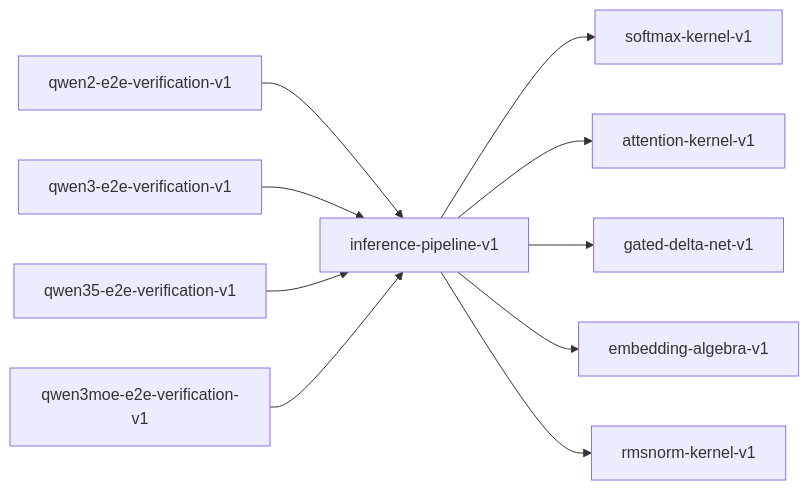
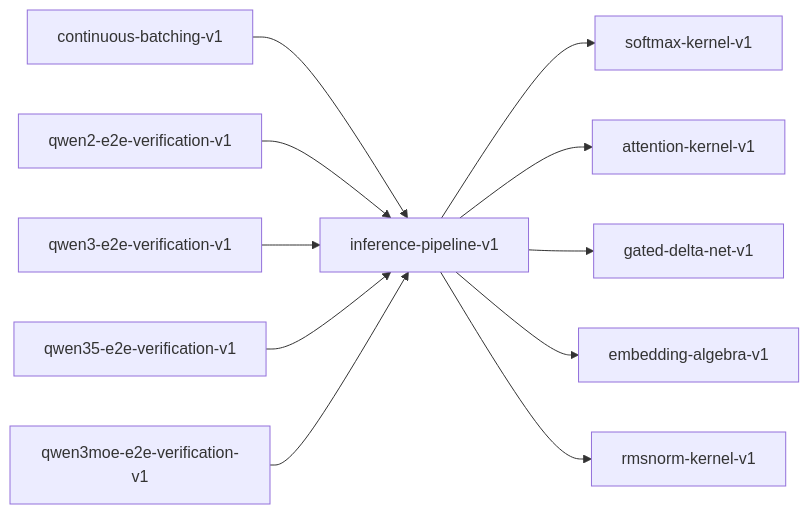
The diagram in book/src/contracts/inference-pipeline-v1.md (paiml/provable-contracts), drawn with Mermaid before and after one commit. The commit also changed other lines of this file and 121 other files, not shown here.

````diff
--- a/book/src/contracts/inference-pipeline-v1.md
+++ b/book/src/contracts/inference-pipeline-v1.md
@@ -23,12 +23,13 @@
 ```mermaid
 graph LR
     inference_pipeline_v1["inference-pipeline-v1"] --> softmax_kernel_v1["softmax-kernel-v1"]
     inference_pipeline_v1["inference-pipeline-v1"] --> attention_kernel_v1["attention-kernel-v1"]
     inference_pipeline_v1["inference-pipeline-v1"] --> gated_delta_net_v1["gated-delta-net-v1"]
     inference_pipeline_v1["inference-pipeline-v1"] --> embedding_algebra_v1["embedding-algebra-v1"]
     inference_pipeline_v1["inference-pipeline-v1"] --> rmsnorm_kernel_v1["rmsnorm-kernel-v1"]
+    continuous_batching_v1["continuous-batching-v1"] --> inference_pipeline_v1["inference-pipeline-v1"]
     qwen2_e2e_verification_v1["qwen2-e2e-verification-v1"] --> inference_pipeline_v1["inference-pipeline-v1"]
     qwen3_e2e_verification_v1["qwen3-e2e-verification-v1"] --> inference_pipeline_v1["inference-pipeline-v1"]
     qwen35_e2e_verification_v1["qwen35-e2e-verification-v1"] --> inference_pipeline_v1["inference-pipeline-v1"]
     qwen3moe_e2e_verification_v1["qwen3moe-e2e-verification-v1"] --> inference_pipeline_v1["inference-pipeline-v1"]
 ```
````
